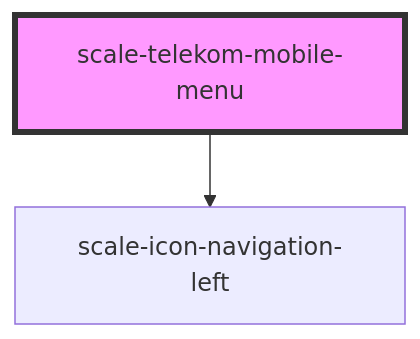
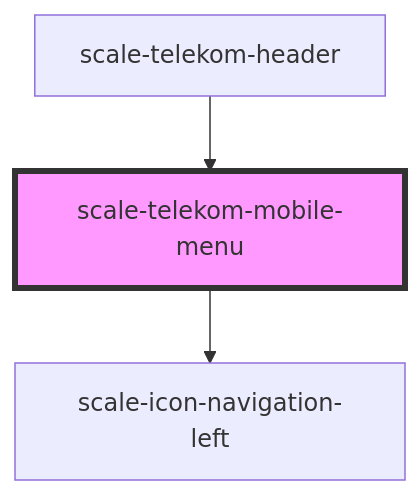
One commit to telekom/scale changed the diagram in packages/components/src/components/telekom/telekom-mobile-menu/readme.md. Above: the diagram before and after it, drawn with Mermaid. The commit also changed other lines of this file and 15 other files, not shown here.

Commit message:
feat(telekom-header): data api

````diff
--- a/packages/components/src/components/telekom/telekom-mobile-menu/readme.md
+++ b/packages/components/src/components/telekom/telekom-mobile-menu/readme.md
@@ -42,5 +38,6 @@
 ```mermaid
 graph TD;
   scale-telekom-mobile-menu --> scale-icon-navigation-left
+  scale-telekom-header --> scale-telekom-mobile-menu
   style scale-telekom-mobile-menu fill:#f9f,stroke:#333,stroke-width:4px
 ```
````
